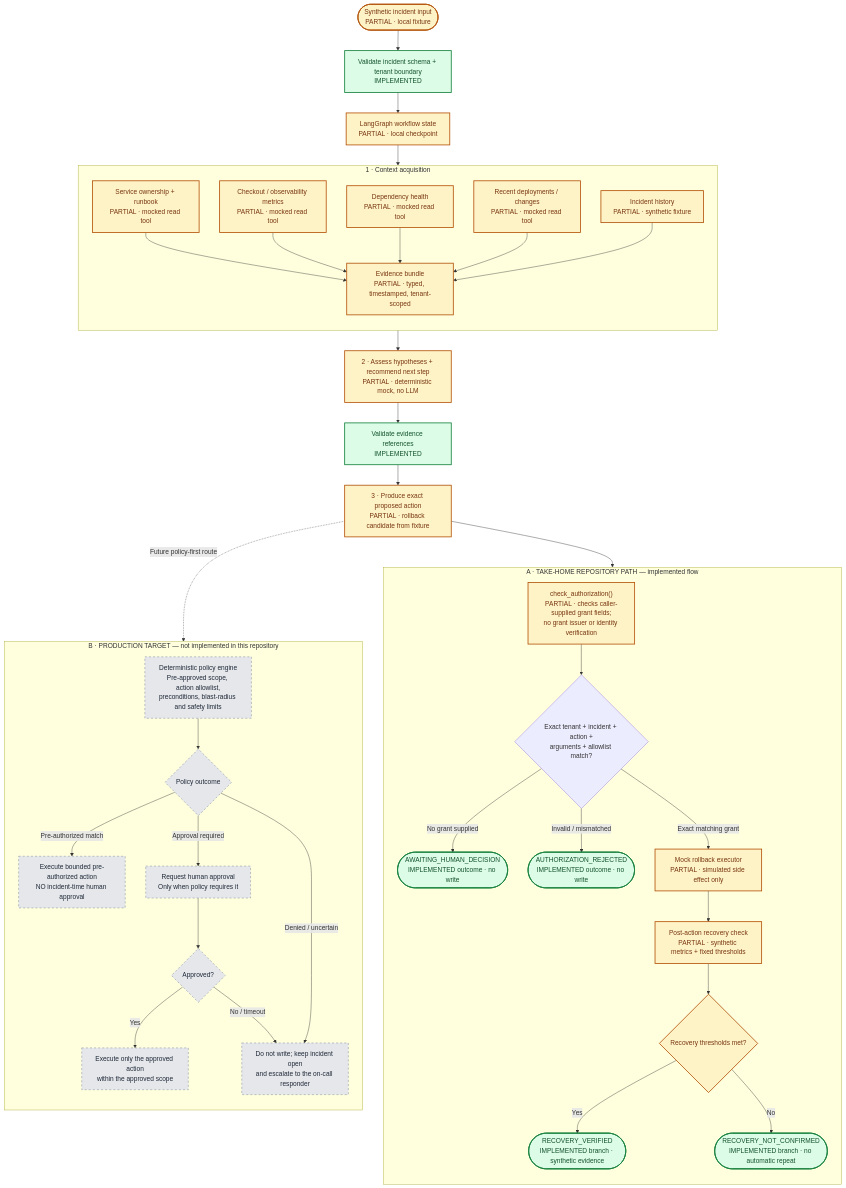
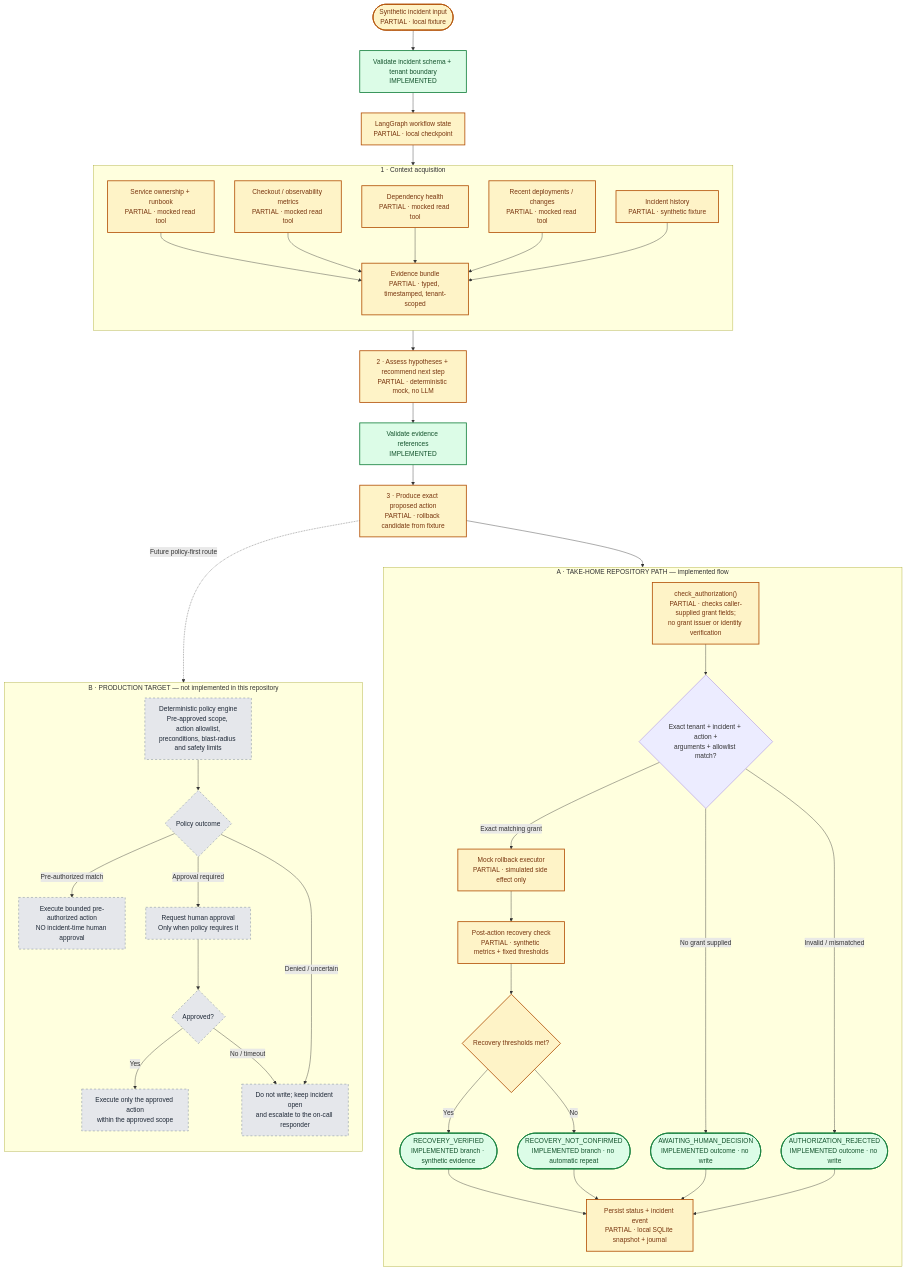
The diagram in README.md (rudolfo-felix/pager-duty), drawn with Mermaid before and after one commit.

Commit message:
Show local incident persistence in architecture coverage diagram

````diff
--- a/README.md
+++ b/README.md
@@ -53,70 +53,74 @@
 ```mermaid
 flowchart TD
     A(["Synthetic incident input<br/>PARTIAL · local fixture"]) --> B["Validate incident schema + tenant boundary<br/>IMPLEMENTED"]
     B --> C["LangGraph workflow state<br/>PARTIAL · local checkpoint"]
     
     subgraph CTX["1 · Context acquisition"]
       direction TB
       T1["Service ownership + runbook<br/>PARTIAL · mocked read tool"]
       T2["Checkout / observability metrics<br/>PARTIAL · mocked read tool"]
       T3["Dependency health<br/>PARTIAL · mocked read tool"]
       T4["Recent deployments / changes<br/>PARTIAL · mocked read tool"]
       T5["Incident history<br/>PARTIAL · synthetic fixture"]
       T1 --> E["Evidence bundle<br/>PARTIAL · typed, timestamped, tenant-scoped"]
       T2 --> E
       T3 --> E
       T4 --> E
       T5 --> E
     end
 
     C --> T1
     E --> F["2 · Assess hypotheses + recommend next step<br/>PARTIAL · deterministic mock, no LLM"]
     F --> V["Validate evidence references<br/>IMPLEMENTED"]
     V --> P["3 · Produce exact proposed action<br/>PARTIAL · rollback candidate from fixture"]
 
     subgraph TODAY["A · TAKE-HOME REPOSITORY PATH — implemented flow"]
       direction TB
       G["check_authorization()<br/>PARTIAL · checks caller-supplied grant fields;<br/>no grant issuer or identity verification"]
       D{"Exact tenant + incident + action +<br/>arguments + allowlist match?"}
       W(["AWAITING_HUMAN_DECISION<br/>IMPLEMENTED outcome · no write"])
       R(["AUTHORIZATION_REJECTED<br/>IMPLEMENTED outcome · no write"])
       X["Mock rollback executor<br/>PARTIAL · simulated side effect only"]
       Y["Post-action recovery check<br/>PARTIAL · synthetic metrics + fixed thresholds"]
       Z{"Recovery thresholds met?"}
       OK(["RECOVERY_VERIFIED<br/>IMPLEMENTED branch · synthetic evidence"])
       NO(["RECOVERY_NOT_CONFIRMED<br/>IMPLEMENTED branch · no automatic repeat"])
       G --> D
       D -- "No grant supplied" --> W
       D -- "Invalid / mismatched" --> R
       D -- "Exact matching grant" --> X
       X --> Y --> Z
       Z -- "Yes" --> OK
       Z -- "No" --> NO
+      OK --> S["Persist status + incident event<br/>PARTIAL · local SQLite snapshot + journal"]
+      NO --> S
+      W --> S
+      R --> S
     end
 
     subgraph TARGET["B · PRODUCTION TARGET — not implemented in this repository"]
       direction TB
       PG["Deterministic policy engine<br/>Pre-approved scope, action allowlist,<br/>preconditions, blast-radius and safety limits"]
       PD{"Policy outcome"}
       AUTO["Execute bounded pre-authorized action<br/>NO incident-time human approval"]
       HUMAN["Request human approval<br/>Only when policy requires it"]
       HD{"Approved?"}
       HEXEC["Execute only the approved action<br/>within the approved scope"]
       STOP["Do not write; keep incident open<br/>and escalate to the on-call responder"]
       PG --> PD
       PD -- "Pre-authorized match" --> AUTO
       PD -- "Approval required" --> HUMAN --> HD
       HD -- "Yes" --> HEXEC
       HD -- "No / timeout" --> STOP
       PD -- "Denied / uncertain" --> STOP
     end
 
     P --> G
     P -. "Future policy-first route" .-> PG
     classDef implemented fill:#dcfce7,stroke:#15803d,color:#14532d,stroke-width:2px
     classDef partial fill:#fef3c7,stroke:#b45309,color:#78350f,stroke-width:2px
     classDef planned fill:#e5e7eb,stroke:#64748b,color:#1f2937,stroke-dasharray:5 5
-    class A,C,T1,T2,T3,T4,T5,E,F,P,G,X,Y,Z partial
+    class A,C,T1,T2,T3,T4,T5,E,F,P,G,X,Y,Z,S partial
     class B,V,W,R,OK,NO implemented
     class PG,PD,AUTO,HUMAN,HD,HEXEC,STOP planned
 ```
````
